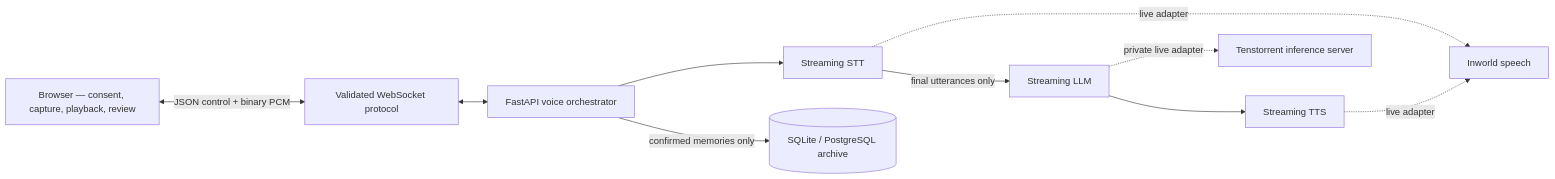
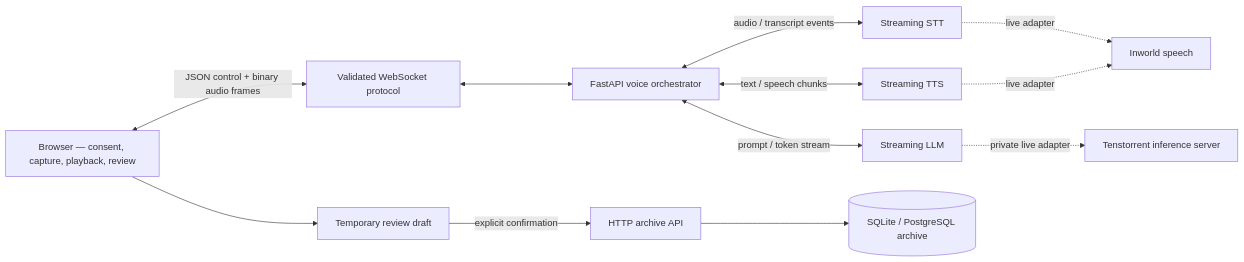
One commit to imandyww/lingerdemo changed the diagram in README.md. Above: the diagram before and after it, drawn with Mermaid. The commit also changed other lines of this file and 2 other files, not shown here.

````diff
--- a/README.md
+++ b/README.md
@@ -72,22 +82,26 @@
 ```mermaid
 flowchart LR
   B["Browser — consent, capture, playback, review"]
   W["Validated WebSocket protocol"]
   A["FastAPI voice orchestrator"]
+  H["HTTP archive API"]
+  R["Temporary review draft"]
   S["Streaming STT"]
   L["Streaming LLM"]
   T["Streaming TTS"]
   D[("SQLite / PostgreSQL archive")]
   I["Inworld speech"]
   TT["Tenstorrent inference server"]
 
-  B <-->|"JSON control + binary PCM"| W
+  B <-->|"JSON control + binary audio frames"| W
   W <--> A
-  A --> S
-  S -->|"final utterances only"| L
-  L --> T
-  A -->|"confirmed memories only"| D
+  A <-->|"audio / transcript events"| S
+  A <-->|"prompt / token stream"| L
+  A <-->|"text / speech chunks"| T
+  B --> R
+  R -->|"explicit confirmation"| H
+  H --> D
   S -. "live adapter" .-> I
   T -. "live adapter" .-> I
   L -. "private live adapter" .-> TT
 ```
````
